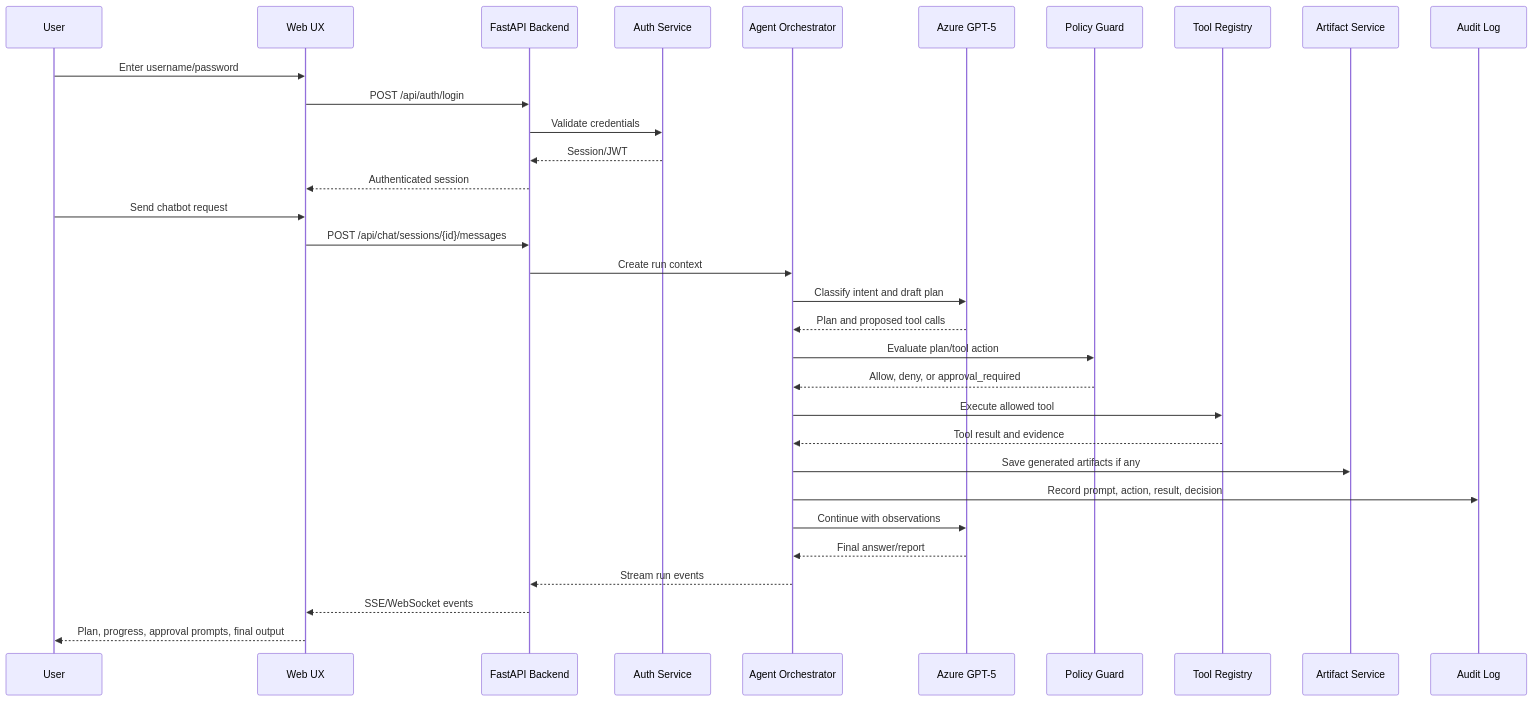
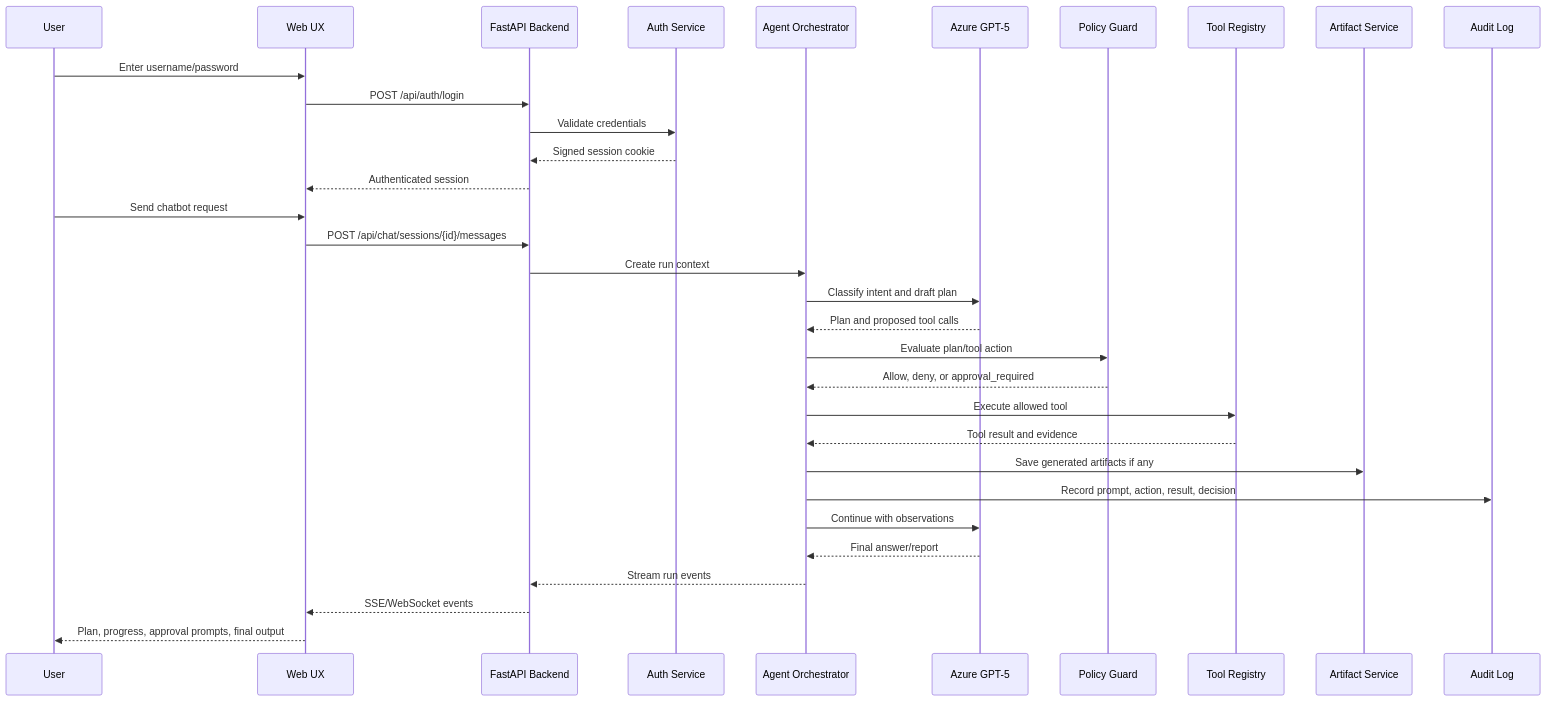
One commit to aveeshek/bosgenesis-esda changed the third of 11 diagrams in knowledge-base/bosgenesis_esda_chatbot_lld.md. Above: the diagram before and after it, drawn with Mermaid. The commit also changed other lines of this file and 2 other files, not shown here.

Commit message:
Update architecture documentation to current implementation

````diff
--- a/knowledge-base/bosgenesis_esda_chatbot_lld.md
+++ b/knowledge-base/bosgenesis_esda_chatbot_lld.md
@@ -353,36 +326,36 @@
 ```mermaid
 sequenceDiagram
     participant User
     participant UX as Web UX
     participant API as FastAPI Backend
     participant Auth as Auth Service
     participant Orchestrator as Agent Orchestrator
     participant GPT as Azure GPT-5
     participant Policy as Policy Guard
     participant Tools as Tool Registry
     participant Artifact as Artifact Service
     participant Audit as Audit Log
 
     User->>UX: Enter username/password
     UX->>API: POST /api/auth/login
     API->>Auth: Validate credentials
-    Auth-->>API: Session/JWT
+    Auth-->>API: Signed session cookie
     API-->>UX: Authenticated session
 
     User->>UX: Send chatbot request
     UX->>API: POST /api/chat/sessions/{id}/messages
     API->>Orchestrator: Create run context
     Orchestrator->>GPT: Classify intent and draft plan
     GPT-->>Orchestrator: Plan and proposed tool calls
     Orchestrator->>Policy: Evaluate plan/tool action
     Policy-->>Orchestrator: Allow, deny, or approval_required
     Orchestrator->>Tools: Execute allowed tool
     Tools-->>Orchestrator: Tool result and evidence
     Orchestrator->>Artifact: Save generated artifacts if any
     Orchestrator->>Audit: Record prompt, action, result, decision
     Orchestrator->>GPT: Continue with observations
     GPT-->>Orchestrator: Final answer/report
     Orchestrator-->>API: Stream run events
     API-->>UX: SSE/WebSocket events
     UX-->>User: Plan, progress, approval prompts, final output
 ```
````
